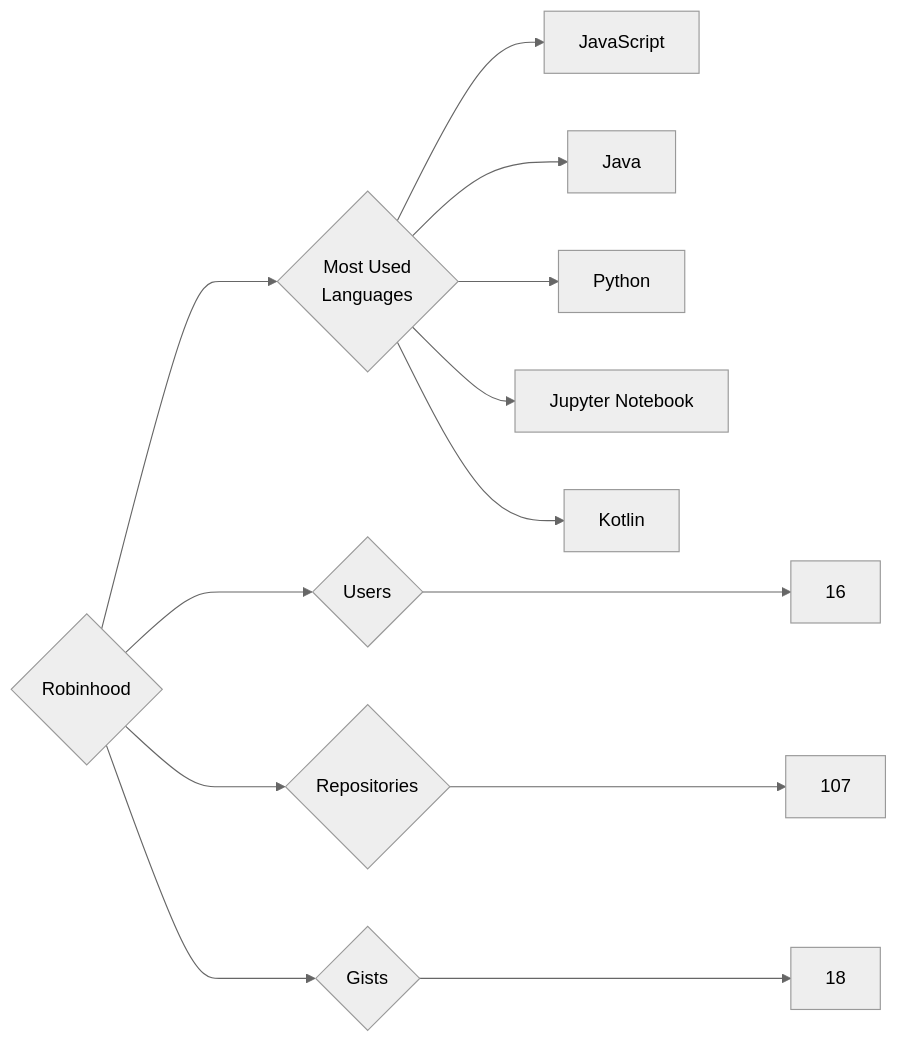
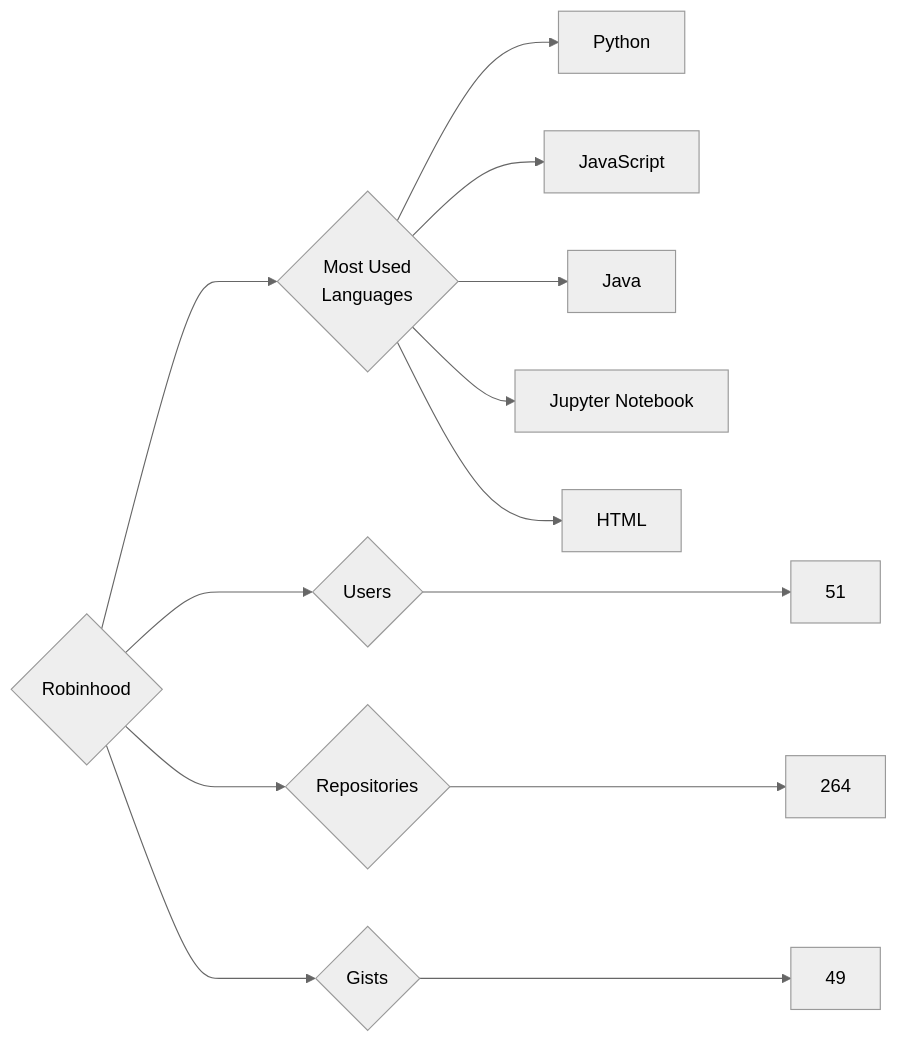
Before and after one commit to trickest/insiders: the diagram in targets/Robinhood/README.md, drawn with Mermaid (neutral theme). The commit also changed 597 other files, not shown here.

````diff
--- a/targets/Robinhood/README.md
+++ b/targets/Robinhood/README.md
@@ -3,13 +3,13 @@
 ```mermaid
 graph LR
 COMPANY_NAME{Robinhood}
-COMPANY_NAME ---> U{Users} ---> UN[16]
-COMPANY_NAME ---> R{Repositories} ---> RN[107]
-COMPANY_NAME ---> G{Gists} ---> GN[18]
+COMPANY_NAME ---> U{Users} ---> UN[51]
+COMPANY_NAME ---> R{Repositories} ---> RN[264]
+COMPANY_NAME ---> G{Gists} ---> GN[49]
 COMPANY_NAME ---> ML{Most Used<br>Languages}
+ML --> Python[Python]
 ML --> JavaScript[JavaScript]
 ML --> Java[Java]
-ML --> Python[Python]
 ML --> Jupyter_Notebook[Jupyter Notebook]
-ML --> Kotlin[Kotlin]
+ML --> HTML[HTML]
 ```
````
